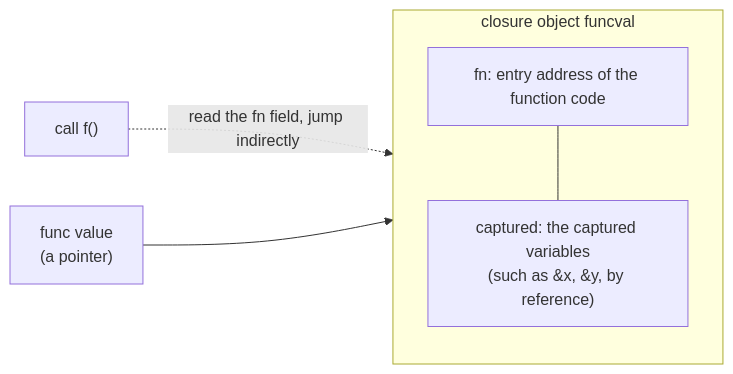
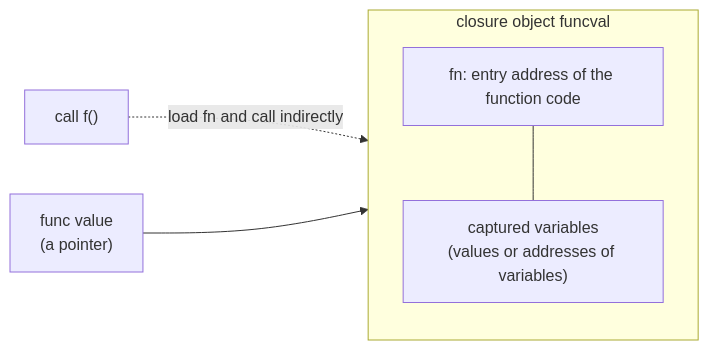
The diagram in book/en-us/part2lang/ch06func/func.md (golang-design/under-the-hood), drawn with Mermaid before and after one commit. The commit also changed other lines of this file and 24 other files, not shown here.

````diff
--- a/book/en-us/part2lang/ch06func/func.md
+++ b/book/en-us/part2lang/ch06func/func.md
@@ -36,11 +40,11 @@
 ```mermaid
 flowchart LR
     FV["func value<br/>(a pointer)"] --> CO
     subgraph CO["closure object funcval"]
         direction TB
         FN["fn: entry address of the function code"]
-        CAP["captured: the captured variables<br/>(such as &x, &y, by reference)"]
+        CAP["captured variables<br/>(values or addresses of variables)"]
         FN --- CAP
     end
-    CALL["call f()"] -.->|read the fn field, jump indirectly| FN
+    CALL["call f()"] -.->|load fn and call indirectly| FN
 ```
````
